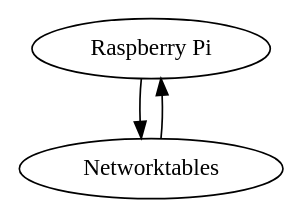
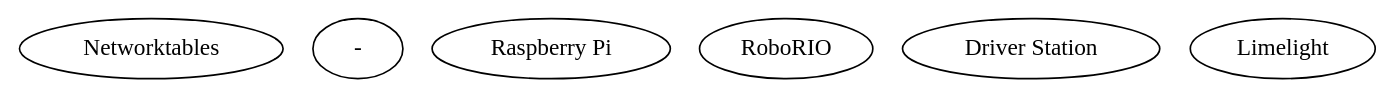
One commit to Choate-Robotics/Programming-SOPs changed the diagram in docs/networks/networktables.rst. Above: the diagram before and after it, drawn with Graphviz.

```diff
--- a/docs/networks/networktables.rst
+++ b/docs/networks/networktables.rst
@@ -12,6 +12,10 @@
 .. graphviz:: 
 
     digraph{
-        "Raspberry Pi" -> "Networktables";
-        "Networktables" -> "Raspberry Pi";
+        "Networktables" <-> "Raspberry Pi";
+        "Networktables" <-> "RoboRIO";
+        "Networktables" <-> "Driver Station";
+        "Networktables" <-> "Limelight";
+        
+        
     }
```
